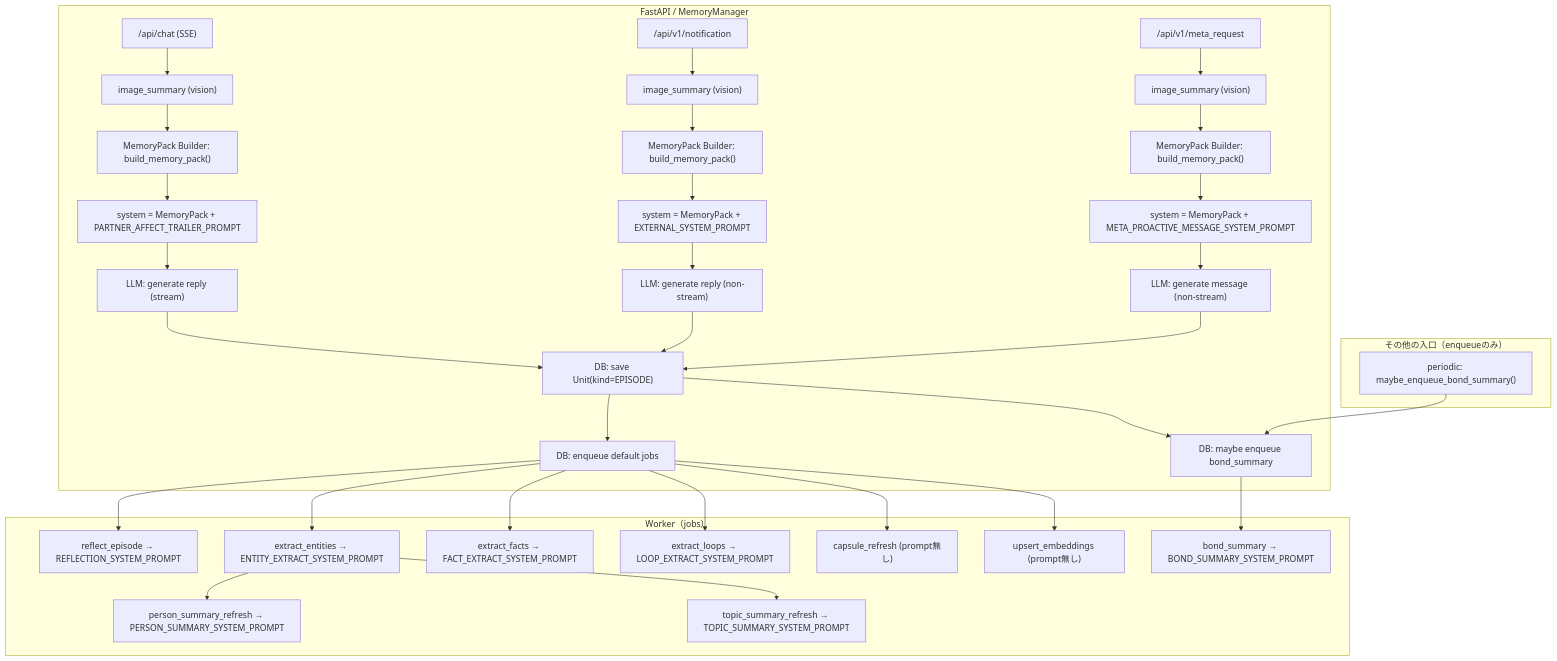
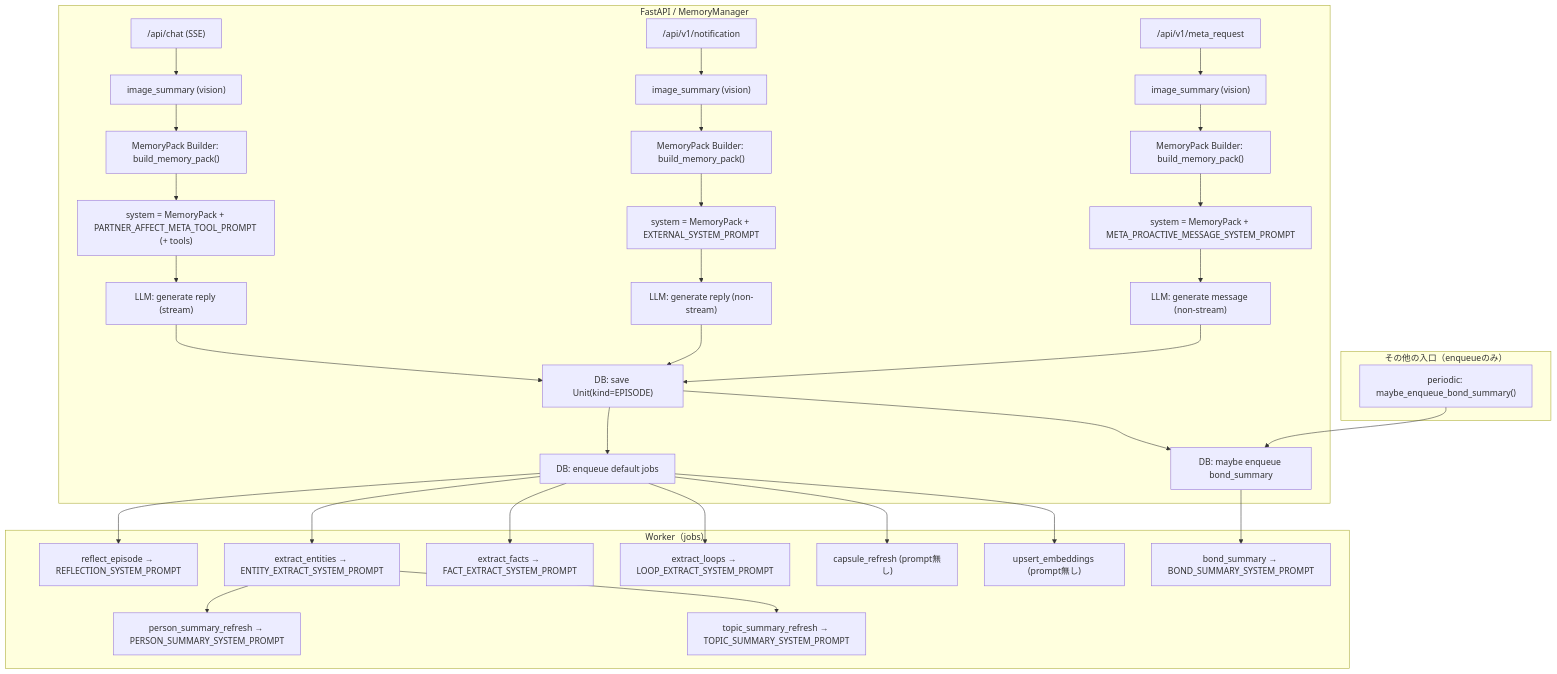
Before and after one commit to hirona98/cocoro_ghost: the first of 4 diagrams in docs/prompt_usage_map.md, drawn with Mermaid. The commit also changed other lines of this file and 11 other files, not shown here.

````diff
--- a/docs/prompt_usage_map.md
+++ b/docs/prompt_usage_map.md
@@ -31,43 +31,43 @@
 ```mermaid
 flowchart TD
   subgraph API["FastAPI / MemoryManager"]
     CHAT["/api/chat (SSE)"] --> IMGC["image_summary (vision)"]
     NOTIF["/api/v1/notification"] --> IMGN["image_summary (vision)"]
     META["/api/v1/meta_request"] --> IMGM["image_summary (vision)"]
 
     IMGC --> PACK["MemoryPack Builder: build_memory_pack()"]
     IMGN --> PACKN["MemoryPack Builder: build_memory_pack()"]
     IMGM --> PACKM["MemoryPack Builder: build_memory_pack()"]
 
-    PACK --> SYS_CHAT["system = MemoryPack + PARTNER_AFFECT_TRAILER_PROMPT"]
+    PACK --> SYS_CHAT["system = MemoryPack + PARTNER_AFFECT_META_TOOL_PROMPT (+ tools)"]
     PACKN --> SYS_NOTIF["system = MemoryPack + EXTERNAL_SYSTEM_PROMPT"]
     PACKM --> SYS_META["system = MemoryPack + META_PROACTIVE_MESSAGE_SYSTEM_PROMPT"]
 
     SYS_CHAT --> LLM_CHAT["LLM: generate reply (stream)"]
     SYS_NOTIF --> LLM_NOTIF["LLM: generate reply (non-stream)"]
     SYS_META --> LLM_META["LLM: generate message (non-stream)"]
 
     LLM_CHAT --> SAVE_EP["DB: save Unit(kind=EPISODE)"]
     LLM_NOTIF --> SAVE_EP
     LLM_META --> SAVE_EP
 
     SAVE_EP --> ENQ["DB: enqueue default jobs"]
     SAVE_EP --> ENQW_MAYBE["DB: maybe enqueue bond_summary"]
   end
 
   subgraph WORKER["Worker（jobs）"]
     ENQ --> REFLECT["reflect_episode → REFLECTION_SYSTEM_PROMPT"]
     ENQ --> ENT["extract_entities → ENTITY_EXTRACT_SYSTEM_PROMPT"]
     ENQ --> FACT["extract_facts → FACT_EXTRACT_SYSTEM_PROMPT"]
     ENQ --> LOOP["extract_loops → LOOP_EXTRACT_SYSTEM_PROMPT"]
     ENQ --> CAPR["capsule_refresh (prompt無し)"]
     ENQ --> EMB["upsert_embeddings (prompt無し)"]
     ENT --> PERS["person_summary_refresh → PERSON_SUMMARY_SYSTEM_PROMPT"]
     ENT --> TOP["topic_summary_refresh → TOPIC_SUMMARY_SYSTEM_PROMPT"]
     ENQW_MAYBE --> WEEK["bond_summary → BOND_SUMMARY_SYSTEM_PROMPT"]
   end
 
   subgraph OTHER["その他の入口（enqueueのみ）"]
     PERIODIC["periodic: maybe_enqueue_bond_summary()"] --> ENQW_MAYBE
   end
 ```
````
